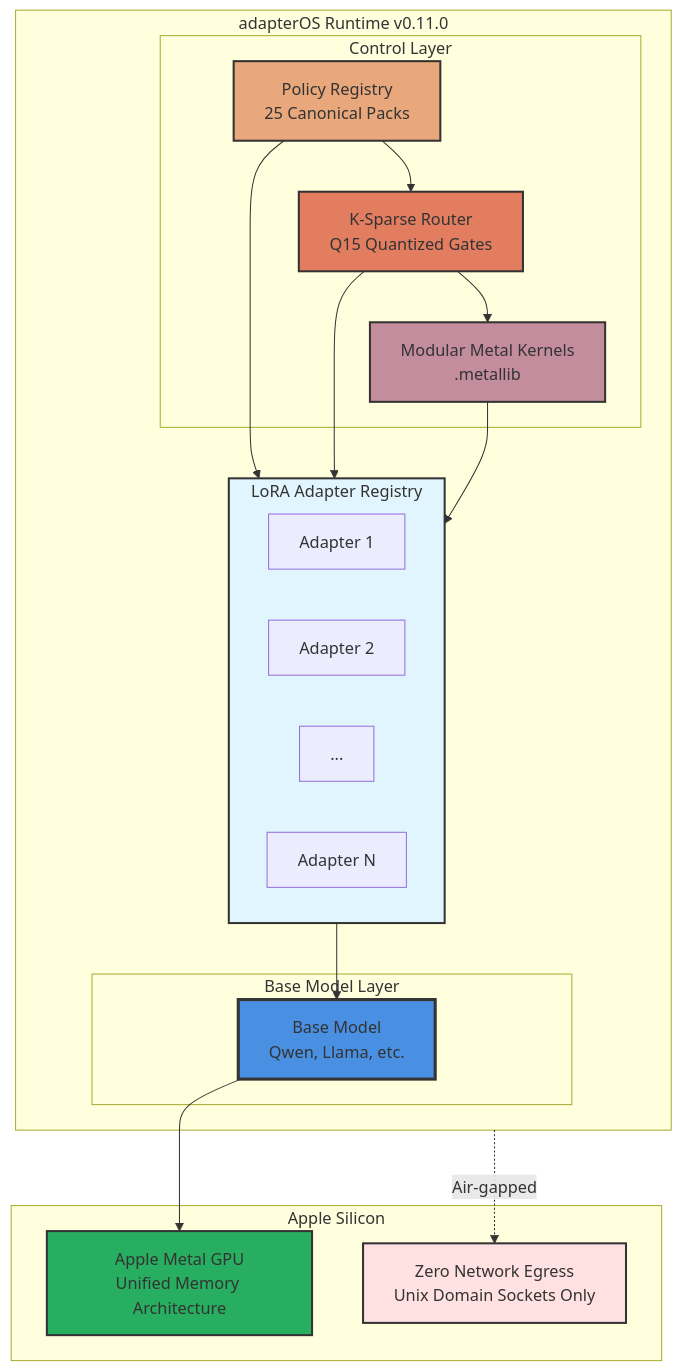
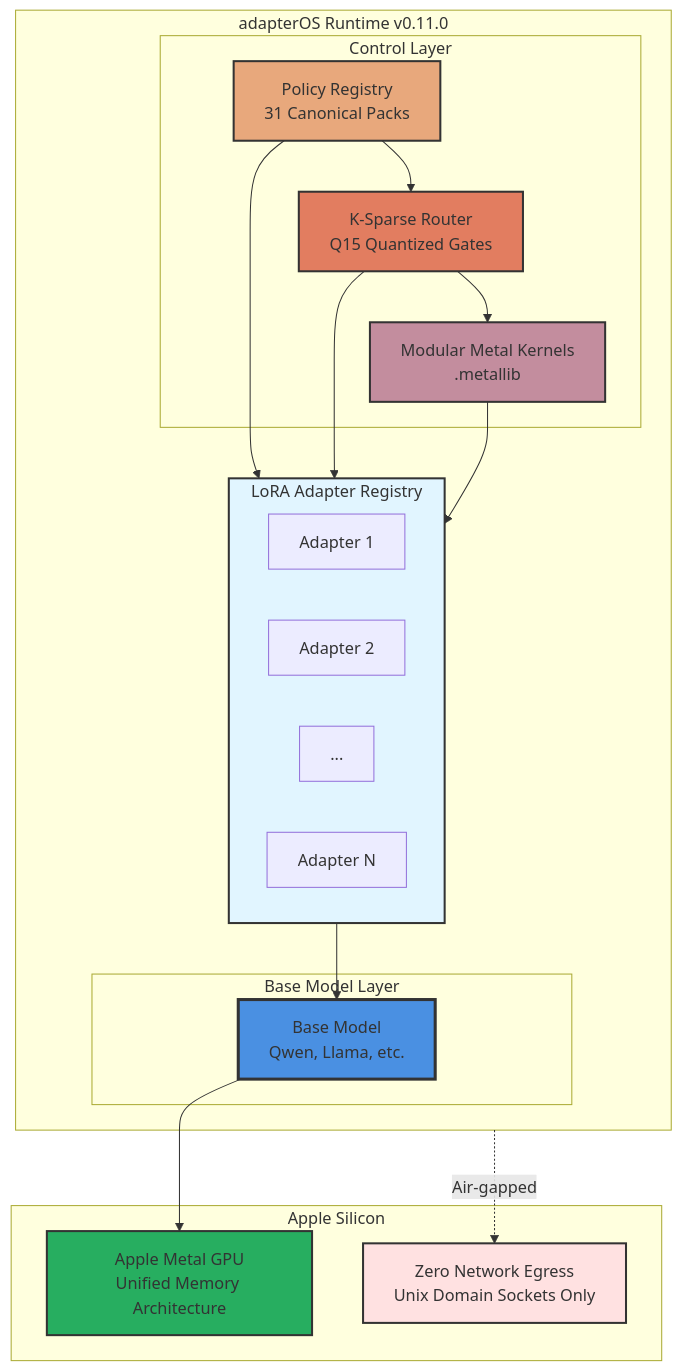
Before and after one commit to rogu3bear/adapter-os: the diagram in README.md, drawn with Mermaid. The commit also changed other lines of this file and 17 other files, not shown here.

````diff
--- a/README.md
+++ b/README.md
@@ -55,46 +56,46 @@
 ```mermaid
 graph TB
     subgraph Runtime[adapterOS Runtime v0.11.0]
         subgraph Control[Control Layer]
-            Policy[Policy Registry<br/>25 Canonical Packs]
+            Policy[Policy Registry<br/>31 Canonical Packs]
             Router[K-Sparse Router<br/>Q15 Quantized Gates]
             Kernels[Modular Metal Kernels<br/>.metallib]
         end
 
         subgraph Registry[LoRA Adapter Registry]
             A1[Adapter 1]
             A2[Adapter 2]
             A3[...]
             AN[Adapter N]
         end
 
         subgraph Model[Base Model Layer]
             BaseModel[Base Model<br/>Qwen, Llama, etc.]
         end
 
         Policy --> Router
         Router --> Kernels
 
         Policy --> Registry
         Router --> Registry
         Kernels --> Registry
 
         Registry --> BaseModel
     end
 
     subgraph Hardware[Apple Silicon]
         GPU[Apple Metal GPU<br/>Unified Memory Architecture]
         Network[Zero Network Egress<br/>Unix Domain Sockets Only]
     end
 
     BaseModel --> GPU
     Runtime -.->|Air-gapped| Network
 
     style Policy fill:#e8a87c,stroke:#333,stroke-width:2px
     style Router fill:#e27d60,stroke:#333,stroke-width:2px
     style Kernels fill:#c38d9e,stroke:#333,stroke-width:2px
     style Registry fill:#e1f5ff,stroke:#333,stroke-width:2px
     style BaseModel fill:#4a90e2,stroke:#333,stroke-width:3px
     style GPU fill:#27ae60,stroke:#333,stroke-width:2px
     style Network fill:#ffe1e1,stroke:#333,stroke-width:2px
 ```
````
